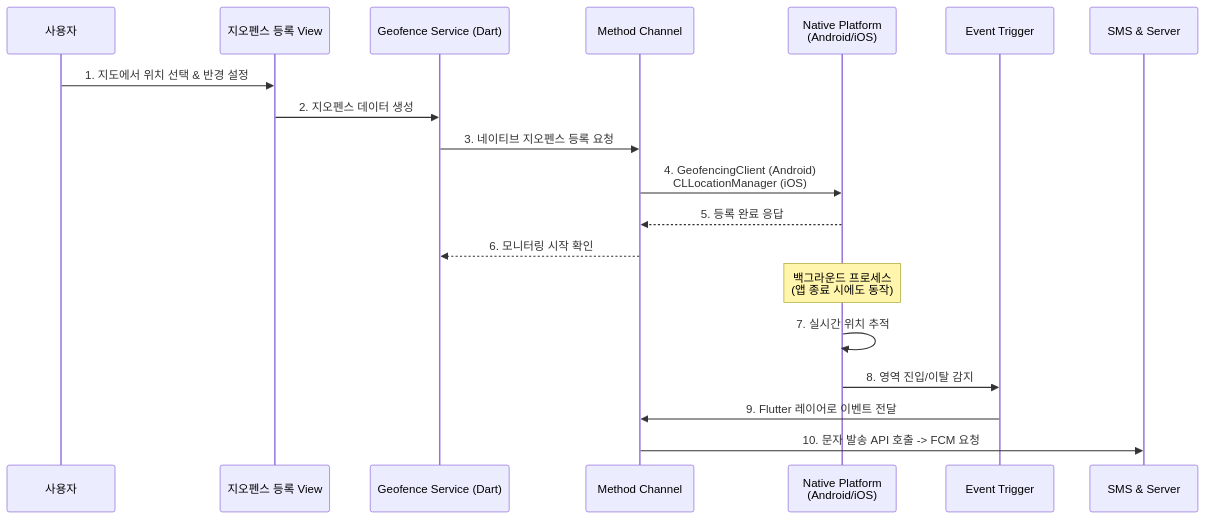
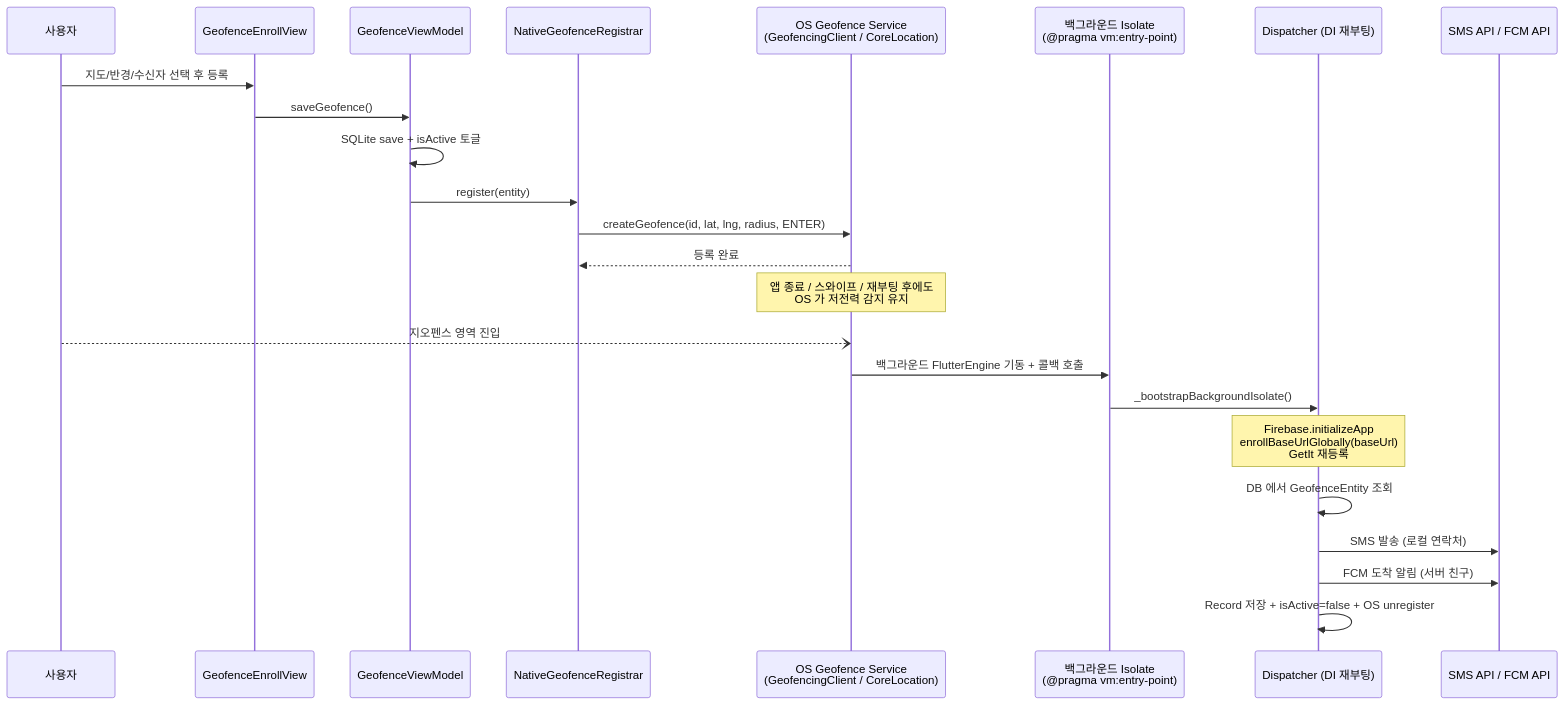
The second of 5 diagrams in README.md (kdongsu5509/imhere_mobile), drawn with Mermaid before and after one commit. The commit also changed other lines of this file and 16 other files, not shown here.

First line of the commit message:
feat: migrate geofence monitoring to OS native API

````diff
--- a/README.md
+++ b/README.md
@@ -122,23 +138,28 @@
 ```mermaid
 sequenceDiagram
     participant User as 사용자
-    participant MapUI as 지오펜스 등록 View
-    participant Logic as Geofence Service (Dart)
-    participant Channel as Method Channel
-    participant Native as Native Platform<br/>(Android/iOS)
-    participant Event as Event Trigger
-    participant Action as SMS & Server
+    participant UI as GeofenceEnrollView
+    participant VM as GeofenceViewModel
+    participant Registrar as NativeGeofenceRegistrar
+    participant OS as OS Geofence Service<br/>(GeofencingClient / CoreLocation)
+    participant BG as 백그라운드 Isolate<br/>(@pragma vm:entry-point)
+    participant Disp as Dispatcher (DI 재부팅)
+    participant API as SMS API / FCM API
 
-    User->>MapUI: 1. 지도에서 위치 선택 & 반경 설정
-    MapUI->>Logic: 2. 지오펜스 데이터 생성
-    Logic->>Channel: 3. 네이티브 지오펜스 등록 요청
-    Channel->>Native: 4. GeofencingClient (Android)<br/>CLLocationManager (iOS)
-    Native-->>Channel: 5. 등록 완료 응답
-    Channel-->>Logic: 6. 모니터링 시작 확인
-    
-    Note over Native: 백그라운드 프로세스<br/>(앱 종료 시에도 동작)
-    Native->>Native: 7. 실시간 위치 추적
-    Native->>Event: 8. 영역 진입/이탈 감지
-    Event->>Channel: 9. Flutter 레이어로 이벤트 전달
-    Channel->>Action: 10. 문자 발송 API 호출 -> FCM 요청
+    User->>UI: 지도/반경/수신자 선택 후 등록
+    UI->>VM: saveGeofence()
+    VM->>VM: SQLite save + isActive 토글
+    VM->>Registrar: register(entity)
+    Registrar->>OS: createGeofence(id, lat, lng, radius, ENTER)
+    OS-->>Registrar: 등록 완료
+    Note over OS: 앱 종료 / 스와이프 / 재부팅 후에도<br/>OS 가 저전력 감지 유지
+
+    User--)OS: 지오펜스 영역 진입
+    OS->>BG: 백그라운드 FlutterEngine 기동 + 콜백 호출
+    BG->>Disp: _bootstrapBackgroundIsolate()
+    Note over Disp: Firebase.initializeApp<br/>enrollBaseUrlGlobally(baseUrl)<br/>GetIt 재등록
+    Disp->>Disp: DB 에서 GeofenceEntity 조회
+    Disp->>API: SMS 발송 (로컬 연락처)
+    Disp->>API: FCM 도착 알림 (서버 친구)
+    Disp->>Disp: Record 저장 + isActive=false + OS unregister
 ```
````
